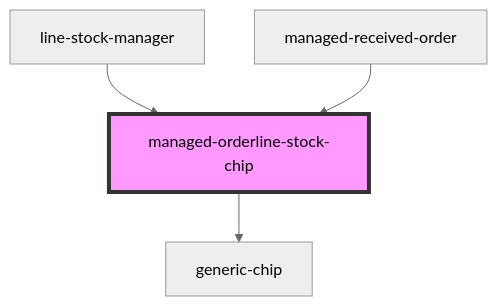
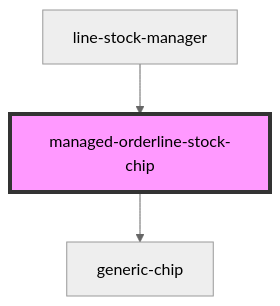
The diagram in pdm-web-components/src/components/managed-orderline-stock-chip/readme.md (PharmaLedger-IMI/fgt-workspace), drawn with Mermaid (neutral theme) before and after one commit. The commit also changed other lines of this file and 60 other files, not shown here.

````diff
--- a/pdm-web-components/src/components/managed-orderline-stock-chip/readme.md
+++ b/pdm-web-components/src/components/managed-orderline-stock-chip/readme.md
@@ -40,7 +39,6 @@
 ```mermaid
 graph TD;
   managed-orderline-stock-chip --> generic-chip
   line-stock-manager --> managed-orderline-stock-chip
-  managed-received-order --> managed-orderline-stock-chip
   style managed-orderline-stock-chip fill:#f9f,stroke:#333,stroke-width:4px
 ```
````
